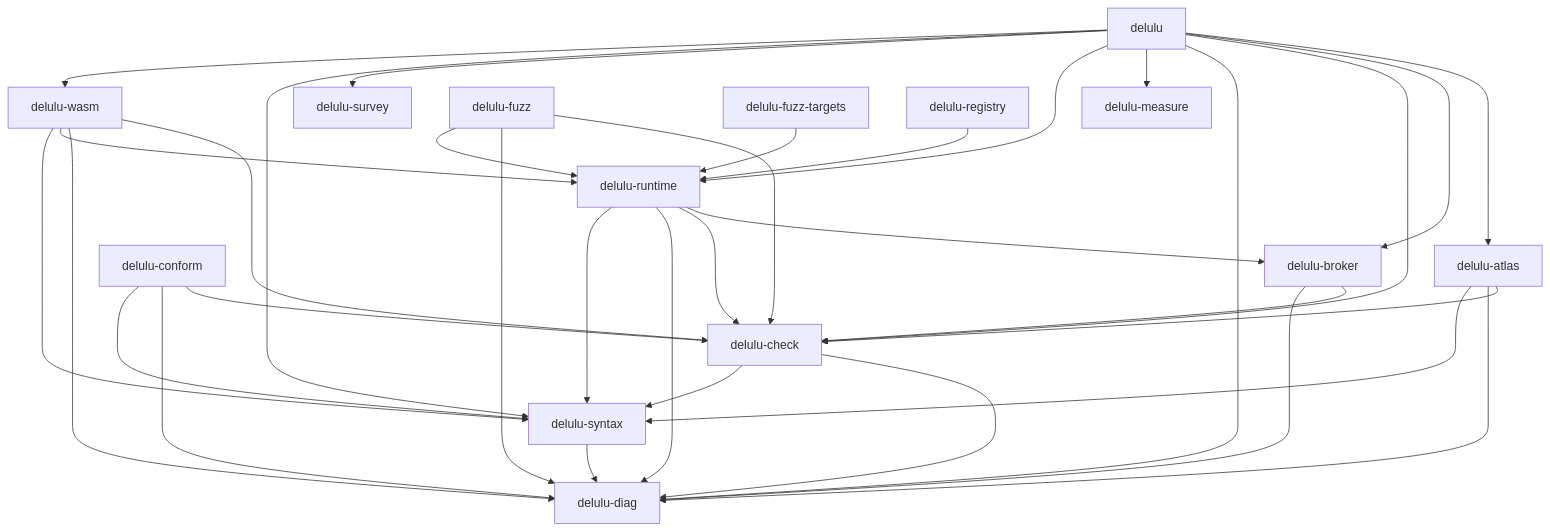
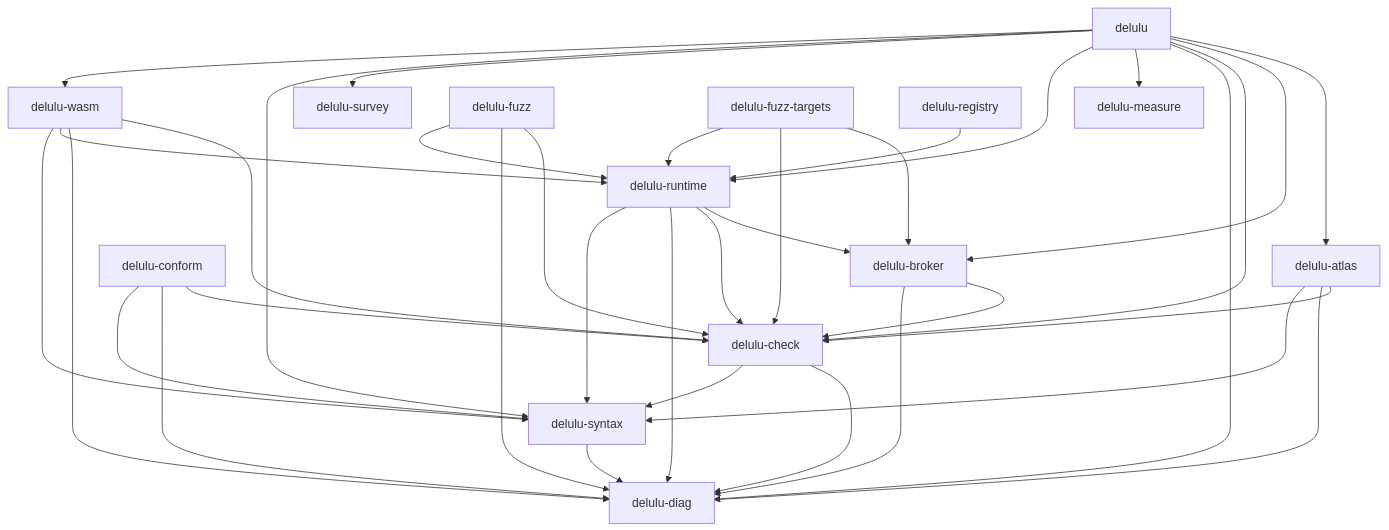
Before and after one commit to jessesuniljs1-collab/delululang-test: the diagram in docs/survey/SURVEY.md, drawn with Mermaid. The commit also changed other lines of this file and 27 other files, not shown here.

````diff
--- a/docs/survey/SURVEY.md
+++ b/docs/survey/SURVEY.md
@@ -46,36 +46,38 @@
 ```mermaid
 graph TD
   delulu["delulu"] --> delulu_atlas["delulu-atlas"]
   delulu["delulu"] --> delulu_broker["delulu-broker"]
   delulu["delulu"] --> delulu_check["delulu-check"]
   delulu["delulu"] --> delulu_diag["delulu-diag"]
   delulu["delulu"] --> delulu_measure["delulu-measure"]
   delulu["delulu"] --> delulu_runtime["delulu-runtime"]
   delulu["delulu"] --> delulu_survey["delulu-survey"]
   delulu["delulu"] --> delulu_syntax["delulu-syntax"]
   delulu["delulu"] --> delulu_wasm["delulu-wasm"]
   delulu_atlas["delulu-atlas"] --> delulu_check["delulu-check"]
   delulu_atlas["delulu-atlas"] --> delulu_diag["delulu-diag"]
   delulu_atlas["delulu-atlas"] --> delulu_syntax["delulu-syntax"]
   delulu_broker["delulu-broker"] --> delulu_check["delulu-check"]
   delulu_broker["delulu-broker"] --> delulu_diag["delulu-diag"]
   delulu_check["delulu-check"] --> delulu_diag["delulu-diag"]
   delulu_check["delulu-check"] --> delulu_syntax["delulu-syntax"]
   delulu_conform["delulu-conform"] --> delulu_check["delulu-check"]
   delulu_conform["delulu-conform"] --> delulu_diag["delulu-diag"]
   delulu_conform["delulu-conform"] --> delulu_syntax["delulu-syntax"]
   delulu_fuzz["delulu-fuzz"] --> delulu_check["delulu-check"]
   delulu_fuzz["delulu-fuzz"] --> delulu_diag["delulu-diag"]
   delulu_fuzz["delulu-fuzz"] --> delulu_runtime["delulu-runtime"]
+  delulu_fuzz_targets["delulu-fuzz-targets"] --> delulu_broker["delulu-broker"]
+  delulu_fuzz_targets["delulu-fuzz-targets"] --> delulu_check["delulu-check"]
   delulu_fuzz_targets["delulu-fuzz-targets"] --> delulu_runtime["delulu-runtime"]
   delulu_registry["delulu-registry"] --> delulu_runtime["delulu-runtime"]
   delulu_runtime["delulu-runtime"] --> delulu_broker["delulu-broker"]
   delulu_runtime["delulu-runtime"] --> delulu_check["delulu-check"]
   delulu_runtime["delulu-runtime"] --> delulu_diag["delulu-diag"]
   delulu_runtime["delulu-runtime"] --> delulu_syntax["delulu-syntax"]
   delulu_syntax["delulu-syntax"] --> delulu_diag["delulu-diag"]
   delulu_wasm["delulu-wasm"] --> delulu_check["delulu-check"]
   delulu_wasm["delulu-wasm"] --> delulu_diag["delulu-diag"]
   delulu_wasm["delulu-wasm"] --> delulu_runtime["delulu-runtime"]
   delulu_wasm["delulu-wasm"] --> delulu_syntax["delulu-syntax"]
 ```
````
